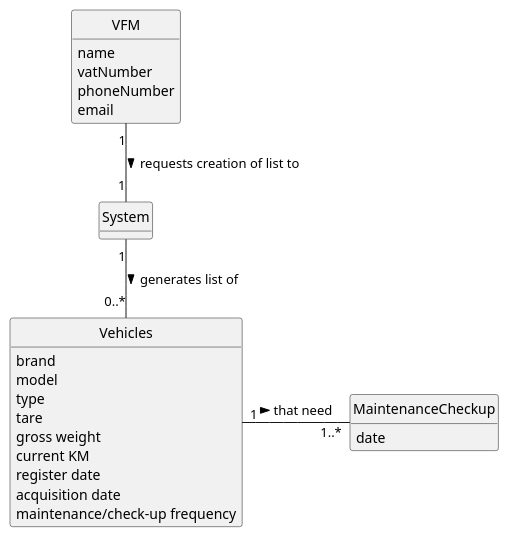
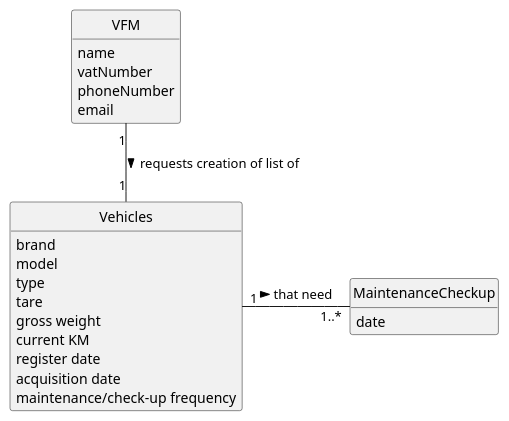
The diagram in docs/sprint3/us008/02.analysis/puml/us008-domain-model.puml (tiagosoa/lei-24-s2-1dgh-g073), drawn with PlantUML before and after one commit. The commit also changed 32 other files, not shown here.

```diff
--- a/docs/sprint3/us008/02.analysis/puml/us008-domain-model.puml
+++ b/docs/sprint3/us008/02.analysis/puml/us008-domain-model.puml
@@ -1,48 +1,43 @@
 @startuml
 skinparam monochrome true
 skinparam packageStyle rectangle
 skinparam shadowing false
 
 'left to right direction
 
 skinparam classAttributeIconSize 0
 
 hide circle
 hide methods
 
 'title Domain Model
 
 'class Platform {
 '  -description
 '}
 
 class VFM {
     name
     vatNumber
     phoneNumber
     email
 }
 
 class MaintenanceCheckup {
     date
 }
 
-class System {
-
-}
-
 class Vehicles {
     brand
     model
     type
     tare
     gross weight
     current KM
     register date
     acquisition date
     maintenance/check-up frequency
 }
-VFM "1" -- "1" System : requests creation of list to >
-System "1" -- "0..*" Vehicles: generates list of >
+VFM "1" -- "1" Vehicles : requests creation of list of >
 Vehicles "1" - "1..*" MaintenanceCheckup: that need >
 @enduml
```
